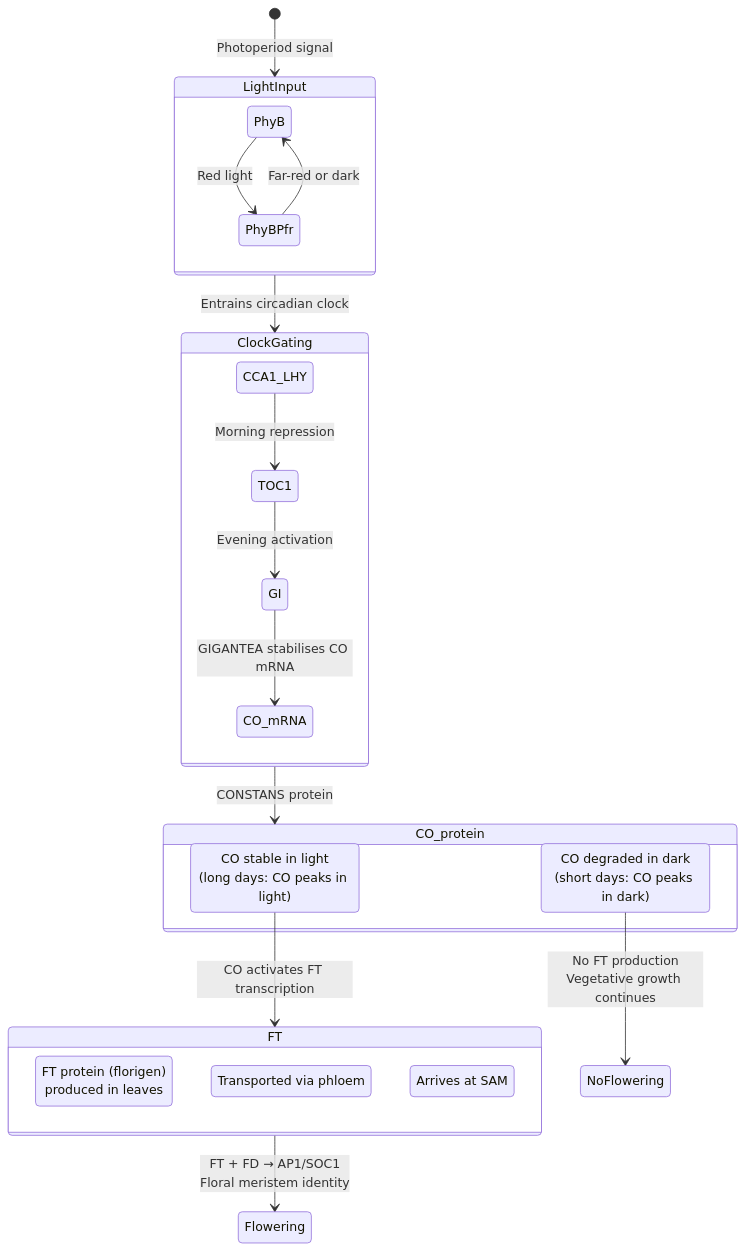
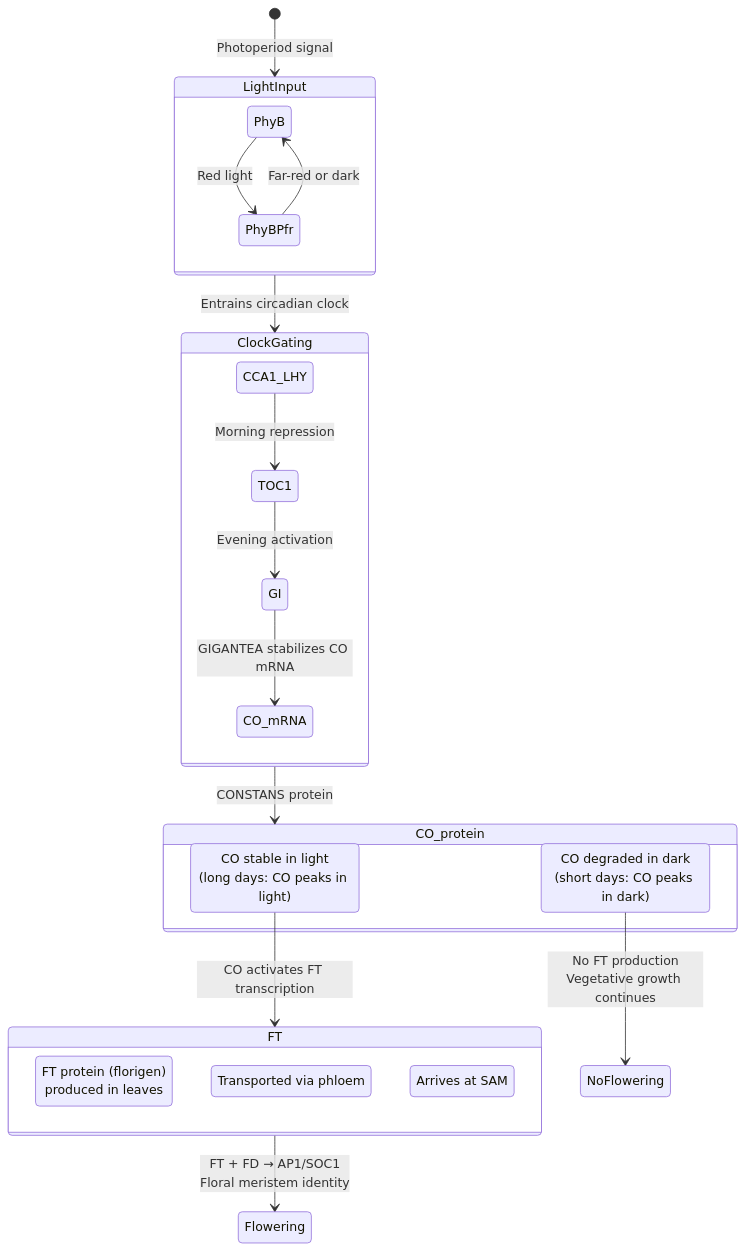
The third of 4 diagrams in manuscript/unit_VIII/plant_responses.md (docxology/biology_textbook), drawn with Mermaid before and after one commit. The commit also changed other lines of this file and 247 other files, not shown here.

````diff
--- a/manuscript/unit_VIII/plant_responses.md
+++ b/manuscript/unit_VIII/plant_responses.md
@@ -422,36 +422,36 @@
 ```mermaid
 stateDiagram-v2
     [*] --> LightInput: Photoperiod signal
 
     state LightInput {
         PhyB --> PhyBPfr: Red light
         PhyBPfr --> PhyB: Far-red or dark
     }
 
     LightInput --> ClockGating: Entrains circadian clock
 
     state ClockGating {
         CCA1_LHY --> TOC1: Morning repression
         TOC1 --> GI: Evening activation
-        GI --> CO_mRNA: GIGANTEA stabilises CO mRNA
+        GI --> CO_mRNA: GIGANTEA stabilizes CO mRNA
     }
 
     ClockGating --> CO_protein: CONSTANS protein
 
     state CO_protein {
         CO_stable: CO stable in light<br/>(long days: CO peaks in light)
         CO_degraded: CO degraded in dark<br/>(short days: CO peaks in dark)
     }
 
     CO_stable --> FT: CO activates FT transcription
 
     state FT {
         FT_leaf: FT protein (florigen)<br/>produced in leaves
         FT_phloem: Transported via phloem
         FT_SAM: Arrives at SAM
     }
 
     FT --> Flowering: FT + FD → AP1/SOC1<br/>Floral meristem identity
 
     CO_degraded --> NoFlowering: No FT production<br/>Vegetative growth continues
 ```
````
